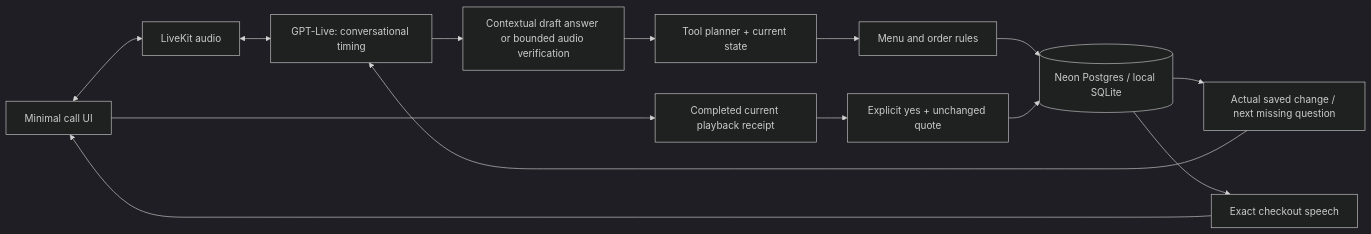
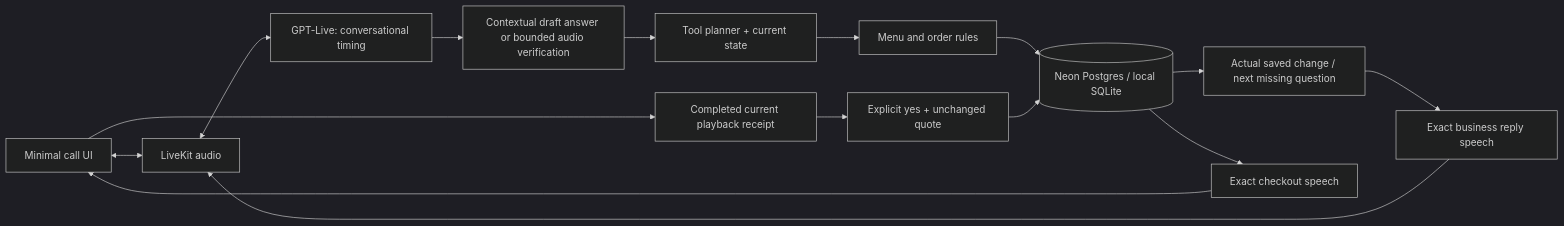
One commit to clechz/sawt_demo changed the diagram in README.md. Above: the diagram before and after it, drawn with Mermaid (dark theme). The commit also changed other lines of this file and 11 other files, not shown here.

````diff
--- a/README.md
+++ b/README.md
@@ -103,16 +113,17 @@
 ```mermaid
 flowchart LR
   UI[Minimal call UI] <--> LK[LiveKit audio]
   LK <--> Voice[GPT-Live: conversational timing]
   Voice --> Verify[Contextual draft answer or bounded audio verification]
   Verify --> Planner[Tool planner + current state]
   Planner --> Rules[Menu and order rules]
   Rules --> DB[(Neon Postgres / local SQLite)]
   DB --> Reply[Actual saved change / next missing question]
-  Reply --> Voice
+  Reply --> Speech[Exact business reply speech]
+  Speech --> LK
   DB --> Readback[Exact checkout speech]
   Readback --> UI
   UI --> Receipt[Completed current playback receipt]
   Receipt --> Confirm[Explicit yes + unchanged quote]
   Confirm --> DB
 ```
````
